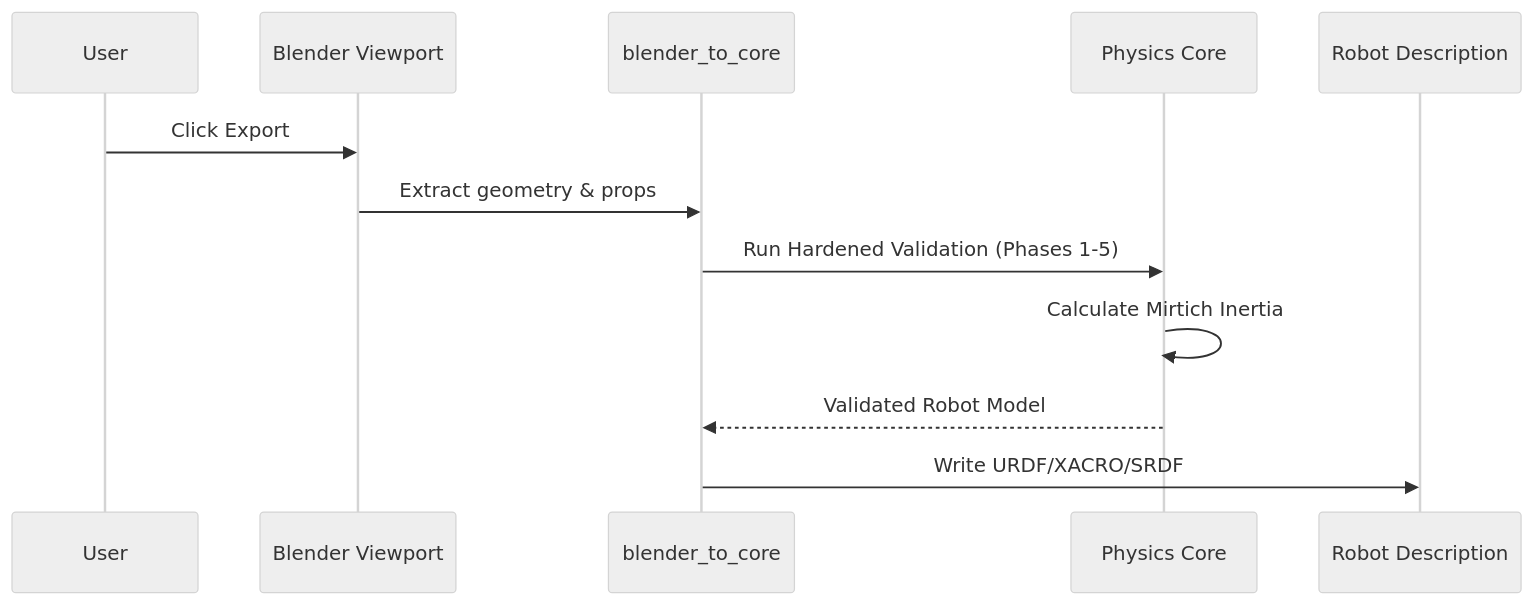
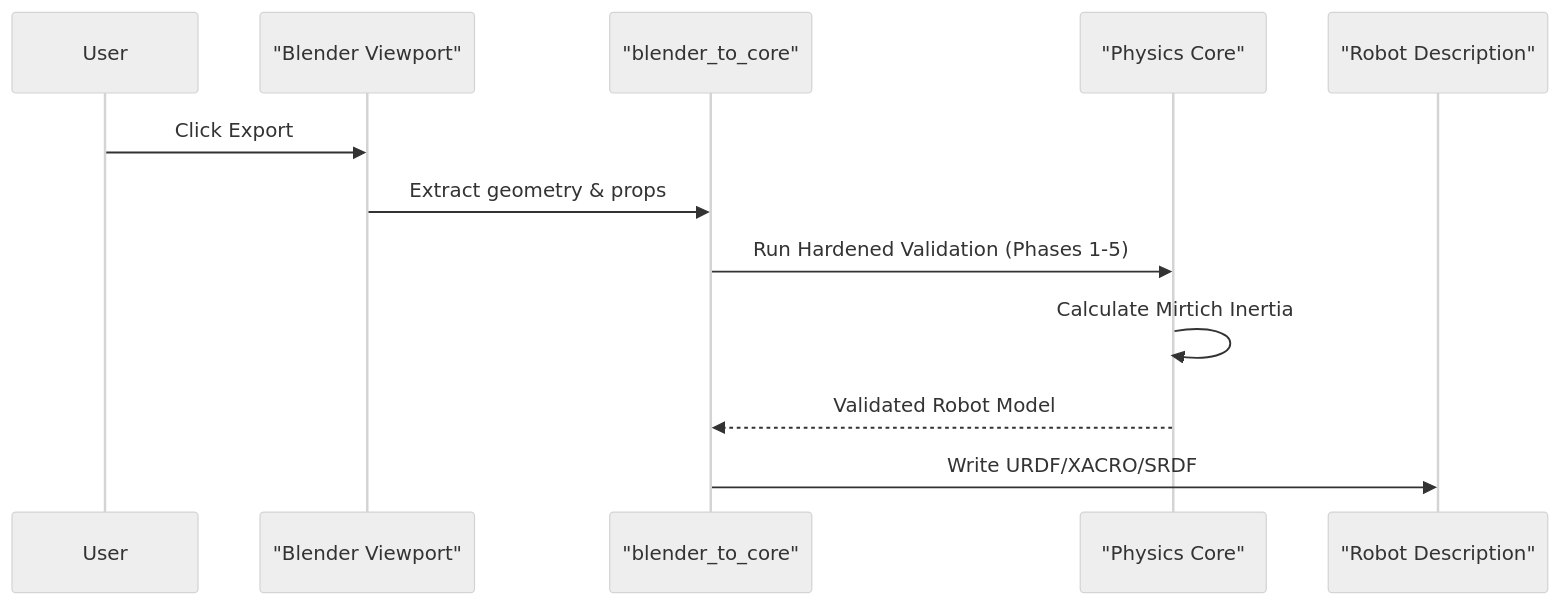
One commit to arounamounchili/linkforge changed the third of 3 diagrams in ARCHITECTURE.md. Above: the diagram before and after it, drawn with Mermaid (neutral theme). The commit also changed 71 other files, not shown here.

````diff
--- a/ARCHITECTURE.md
+++ b/ARCHITECTURE.md
@@ -51,15 +51,15 @@
 ```mermaid
 sequenceDiagram
     participant User
-    participant Blender as Blender Viewport
-    participant Adapter as blender_to_core
-    participant Core as Physics Core
-    participant File as Robot Description
+    participant Blender as "Blender Viewport"
+    participant Adapter as "blender_to_core"
+    participant Core as "Physics Core"
+    participant File as "Robot Description"
 
     User->>Blender: Click Export
     Blender->>Adapter: Extract geometry & props
     Adapter->>Core: Run Hardened Validation (Phases 1-5)
     Core->>Core: Calculate Mirtich Inertia
     Core-->>Adapter: Validated Robot Model
     Adapter->>File: Write URDF/XACRO/SRDF
 ```
````
